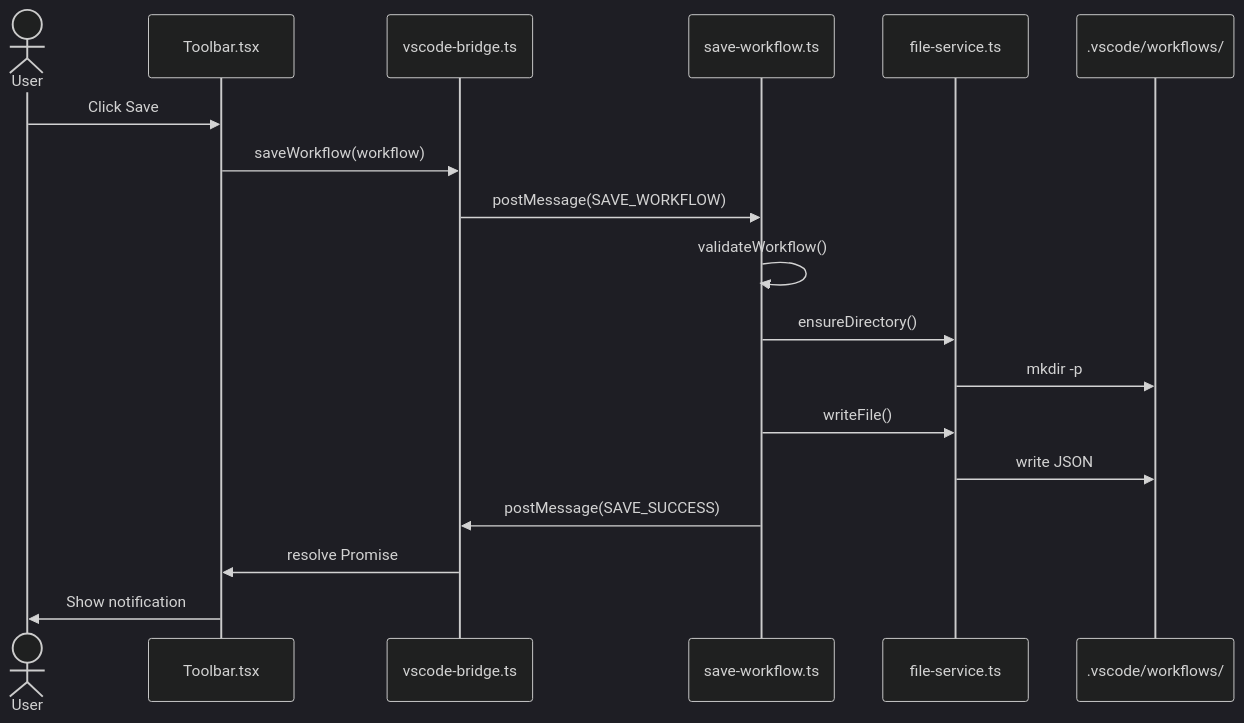
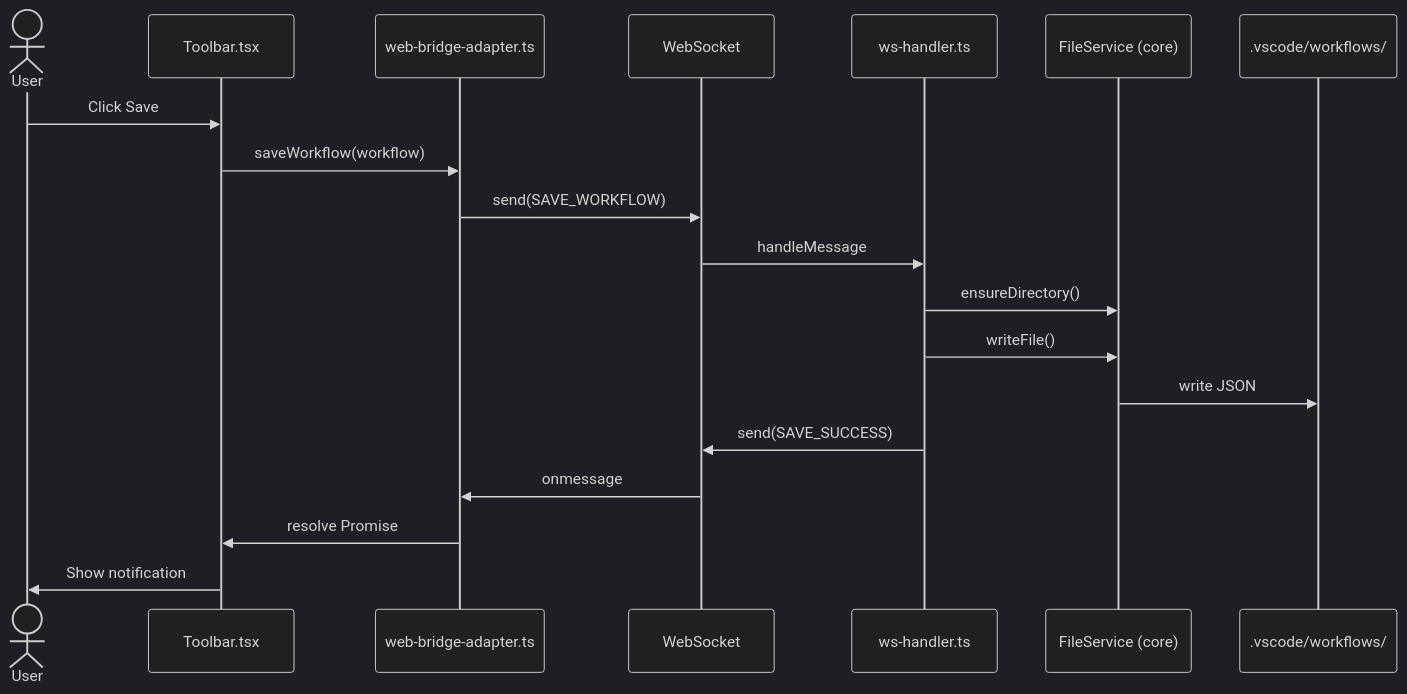
The third of 6 diagrams in CLAUDE.md (breaking-brake/cc-wf-studio), drawn with Mermaid (dark theme) before and after one commit. The commit also changed other lines of this file and 123 other files, not shown here.

First line of the commit message:
feat: migrate from VSCode extension to standalone web app

````diff
--- a/CLAUDE.md
+++ b/CLAUDE.md
@@ -272,21 +277,22 @@
 ```mermaid
 sequenceDiagram
     actor User
     participant Toolbar as Toolbar.tsx
-    participant Bridge as vscode-bridge.ts
-    participant Cmd as save-workflow.ts
-    participant FS as file-service.ts
+    participant Bridge as web-bridge-adapter.ts
+    participant WS as WebSocket
+    participant Handler as ws-handler.ts
+    participant FS as FileService (core)
     participant Disk as .vscode/workflows/
 
     User->>Toolbar: Click Save
     Toolbar->>Bridge: saveWorkflow(workflow)
-    Bridge->>Cmd: postMessage(SAVE_WORKFLOW)
-    Cmd->>Cmd: validateWorkflow()
-    Cmd->>FS: ensureDirectory()
-    FS->>Disk: mkdir -p
-    Cmd->>FS: writeFile()
+    Bridge->>WS: send(SAVE_WORKFLOW)
+    WS->>Handler: handleMessage
+    Handler->>FS: ensureDirectory()
+    Handler->>FS: writeFile()
     FS->>Disk: write JSON
-    Cmd->>Bridge: postMessage(SAVE_SUCCESS)
+    Handler->>WS: send(SAVE_SUCCESS)
+    WS->>Bridge: onmessage
     Bridge->>Toolbar: resolve Promise
     Toolbar->>User: Show notification
 ```
````
